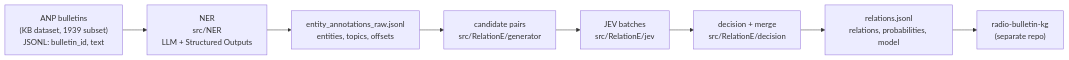
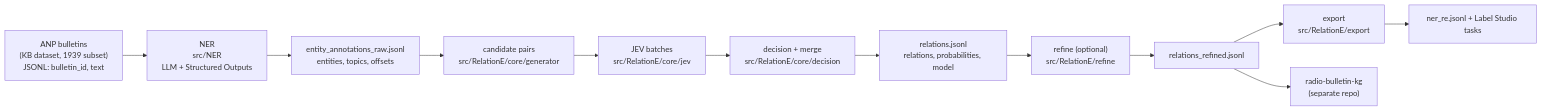
The diagram in README.md (mohammadimathstar/radio-bulletin-ie), drawn with Mermaid before and after one commit. The commit also changed other lines of this file, not shown here.

Commit message:
updating readme file and adding refine and export to readme

````diff
--- a/README.md
+++ b/README.md
@@ -16,10 +16,14 @@
 ```mermaid
 flowchart LR
     A["ANP bulletins<br/>(KB dataset, 1939 subset)<br/>JSONL: bulletin_id, text"] --> N["NER<br/>src/NER<br/>LLM + Structured Outputs"]
     N --> E["entity_annotations_raw.jsonl<br/>entities, topics, offsets"]
-    E --> C["candidate pairs<br/>src/RelationE/generator"]
-    C --> J["JEV batches<br/>src/RelationE/jev"]
-    J --> D["decision + merge<br/>src/RelationE/decision"]
+    E --> C["candidate pairs<br/>src/RelationE/core/generator"]
+    C --> J["JEV batches<br/>src/RelationE/core/jev"]
+    J --> D["decision + merge<br/>src/RelationE/core/decision"]
     D --> R["relations.jsonl<br/>relations, probabilities, model"]
-    R --> KG["radio-bulletin-kg<br/>(separate repo)"]
+    R --> RF["refine (optional)<br/>src/RelationE/refine"]
+    RF --> RR["relations_refined.jsonl"]
+    RR --> EX["export<br/>src/RelationE/export"]
+    EX --> NR["ner_re.jsonl + Label Studio tasks"]
+    RR --> KG["radio-bulletin-kg<br/>(separate repo)"]
 ```
````
